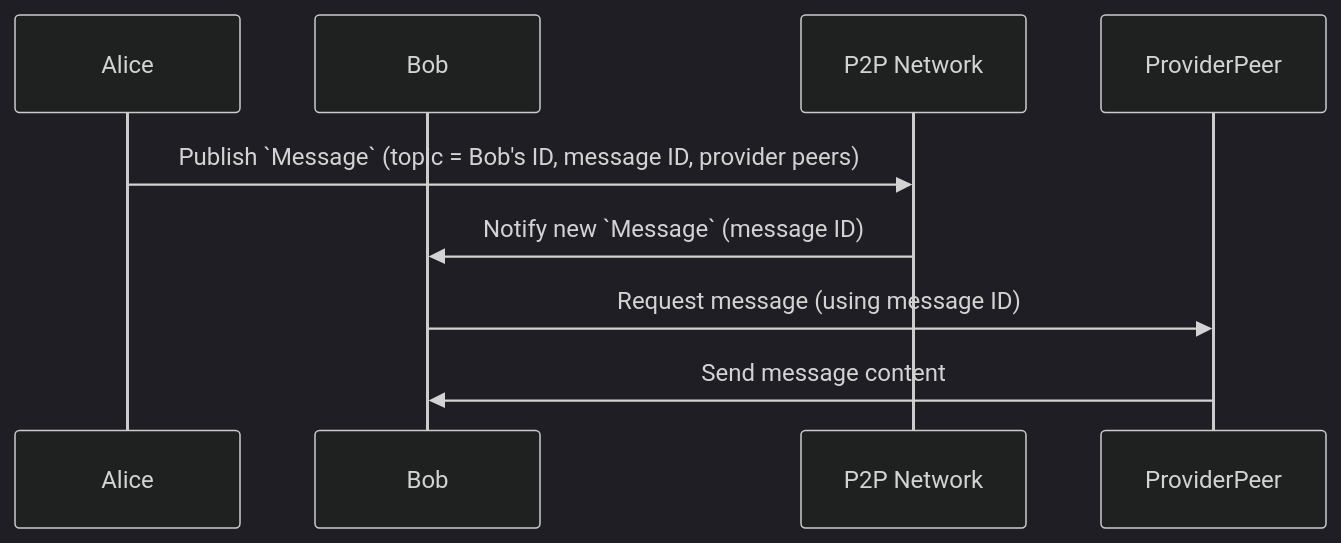
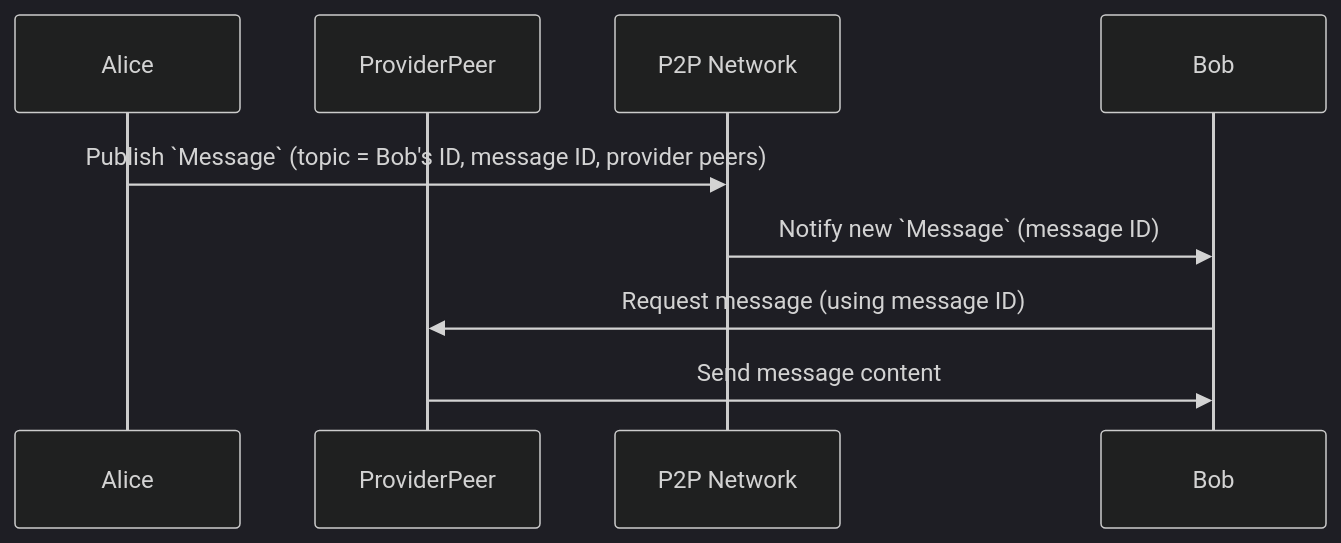
Before and after one commit to idp2p/idp2p.github.io: the third of 3 diagrams in README.md, drawn with Mermaid (dark theme). The commit also changed other lines of this file, not shown here.

````diff
--- a/README.md
+++ b/README.md
@@ -200,12 +200,12 @@
 ```mermaid
 sequenceDiagram
     participant Alice
+    participant ProviderPeer
+    participant P2PNet as P2P Network
     participant Bob
-    participant P2PNet as P2P Network
-    participant ProviderPeer
 
     Alice->>P2PNet: Publish `Message` (topic = Bob's ID, message ID, provider peers)
     P2PNet->>Bob: Notify new `Message` (message ID)
     Bob->>ProviderPeer: Request message (using message ID)
     ProviderPeer->>Bob: Send message content
 ```
````
